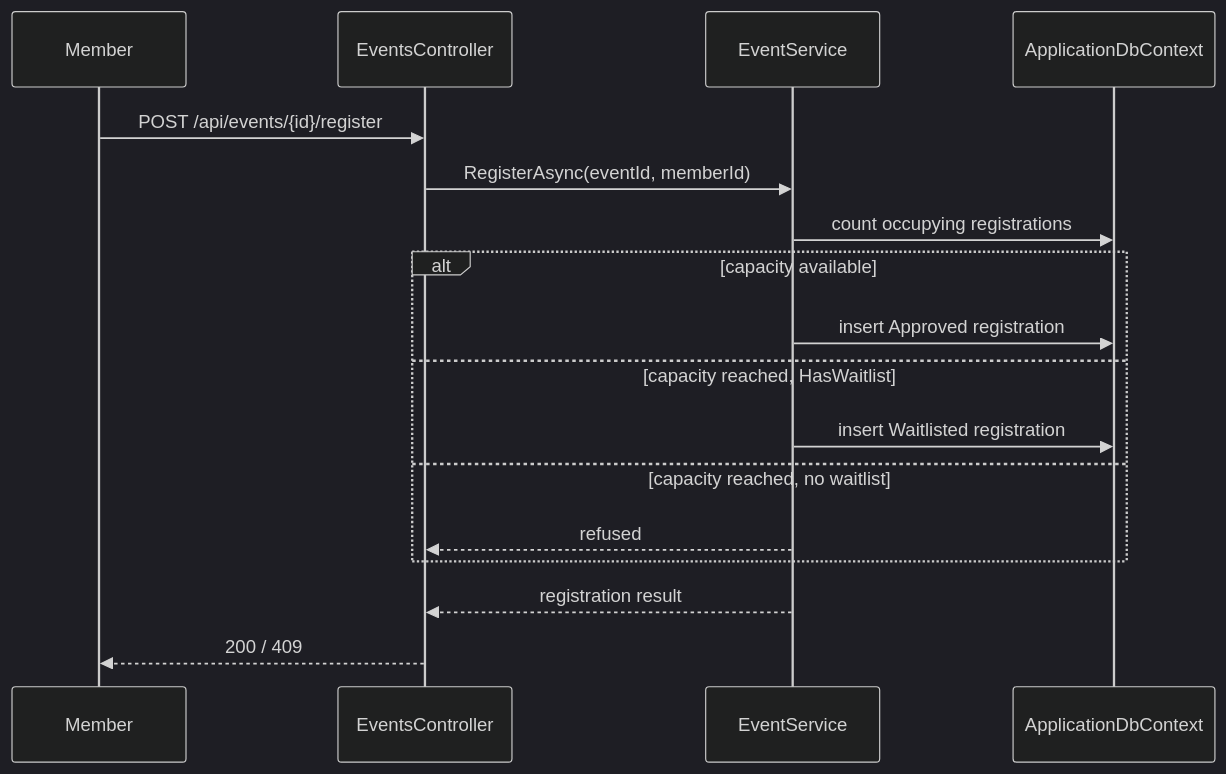
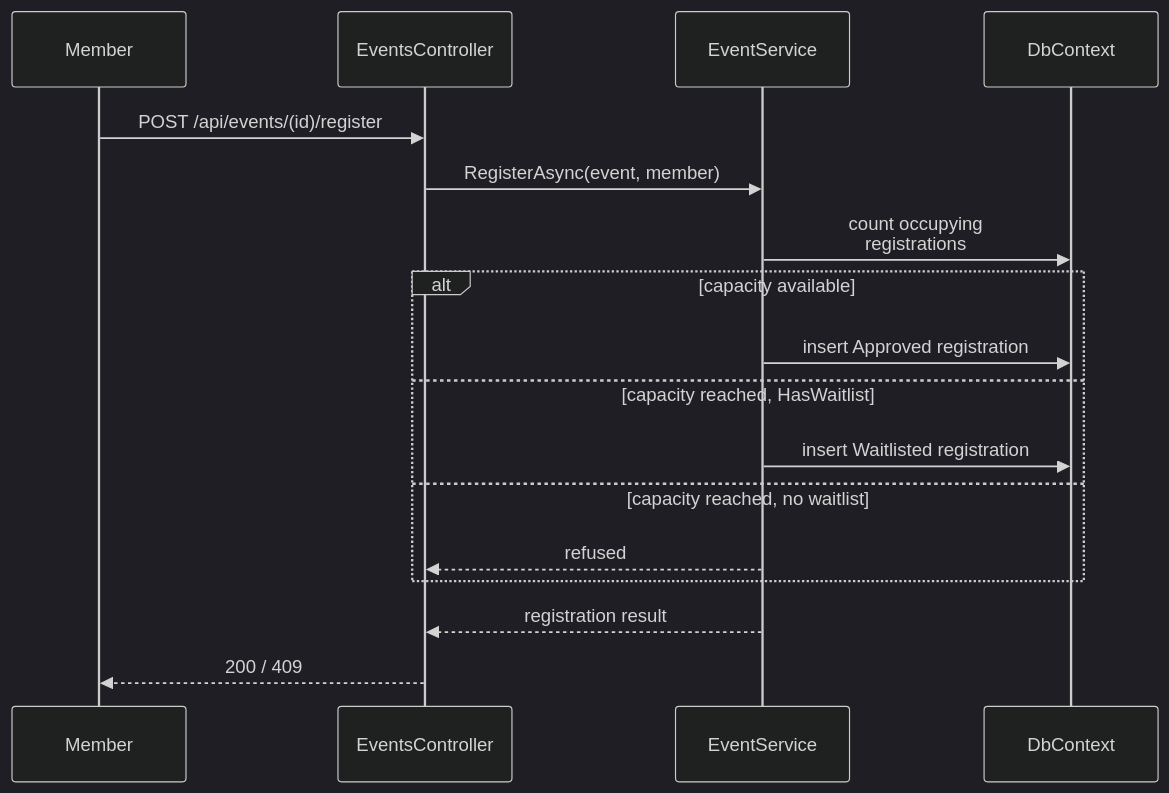
Before and after one commit to shalin-rahman/GHCAA: diagram 16 of 19 in docs/book/05-system-analysis.md, drawn with Mermaid (dark theme). The commit also changed other lines of this file and 22 other files, not shown here.

First line of the commit message:
docs(book): align with the implementation, fit every figure to A4, print a real PDF

````diff
--- a/docs/book/05-system-analysis.md
+++ b/docs/book/05-system-analysis.md
@@ -533,19 +519,19 @@
 ```mermaid
 sequenceDiagram
     participant M as Member
     participant C as EventsController
     participant S as EventService
-    participant DB as ApplicationDbContext
-    M->>C: POST /api/events/{id}/register
-    C->>S: RegisterAsync(eventId, memberId)
-    S->>DB: count occupying registrations
+    participant DB as DbContext
+    M->>C: POST /api/events/(id)/register
+    C->>S: RegisterAsync(event, member)
+    S->>DB: count occupying<br/>registrations
     alt capacity available
         S->>DB: insert Approved registration
     else capacity reached, HasWaitlist
         S->>DB: insert Waitlisted registration
     else capacity reached, no waitlist
         S-->>C: refused
     end
     S-->>C: registration result
     C-->>M: 200 / 409
 ```
````
